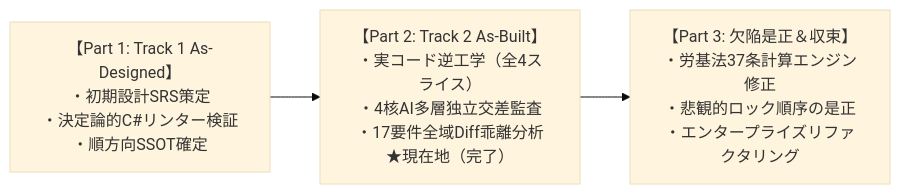
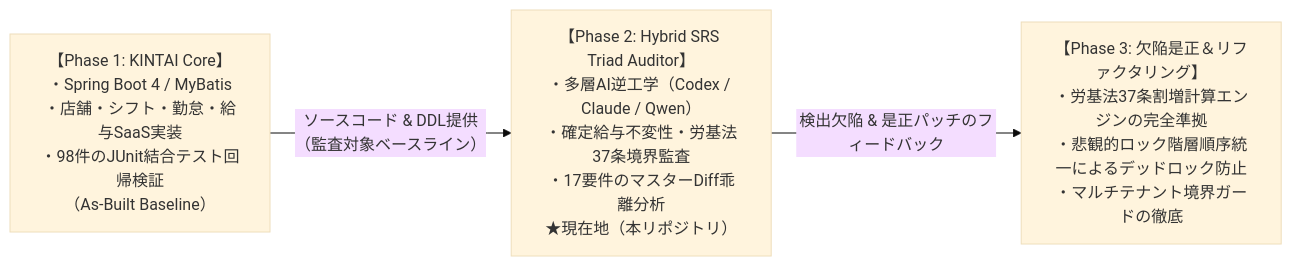
The first of 2 diagrams in README.md (KBG183/Hybrid-srs-triad-auditor), drawn with Mermaid (base theme) before and after one commit. The commit also changed other lines of this file and 2 other files, not shown here.

First line of the commit message:
docs(roadmap): 3段階エンジニアリング連携（Phase 1-3）への構造平準化

````diff
--- a/README.md
+++ b/README.md
@@ -19,6 +19,6 @@
 ```mermaid
 flowchart LR
-    P1["【Part 1: Track 1 As-Designed】<br/>・初期設計SRS策定<br/>・決定論的C#リンター検証<br/>・順方向SSOT確定"] 
-    --> P2["【Part 2: Track 2 As-Built】<br/>・実コード逆工学（全4スライス）<br/>・4核AI多層独立交差監査<br/>・17要件全域Diff乖離分析<br/>★現在地（完了）"]
-    --> P3["【Part 3: 欠陥是正＆収束】<br/>・労基法37条計算エンジン修正<br/>・悲観的ロック順序の是正<br/>・エンタープライズリファクタリング"]
+    P1["【Phase 1: KINTAI Core】<br/>・Spring Boot 4 / MyBatis<br/>・店舗・シフト・勤怠・給与SaaS実装<br/>・98件のJUnit結合テスト回帰検証<br/>（As-Built Baseline）"] 
+    -->|"ソースコード & DDL提供<br/>（監査対象ベースライン）"| P2["【Phase 2: Hybrid SRS Triad Auditor】<br/>・多層AI逆工学（Codex / Claude / Qwen）<br/>・確定給与不変性・労基法37条境界監査<br/>・17要件のマスターDiff乖離分析<br/>★現在地（本リポジトリ）"]
+    -->|"検出欠陥 & 是正パッチのフィードバック"| P3["【Phase 3: 欠陥是正＆リファクタリング】<br/>・労基法37条割増計算エンジンの完全準拠<br/>・悲観的ロック階層順序統一によるデッドロック防止<br/>・マルチテナント境界ガードの徹底"]
 ```
````
